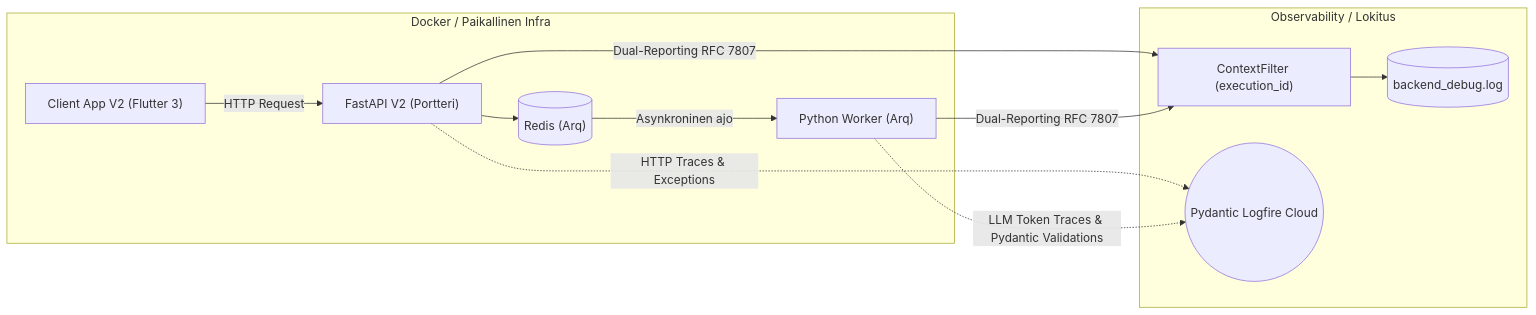
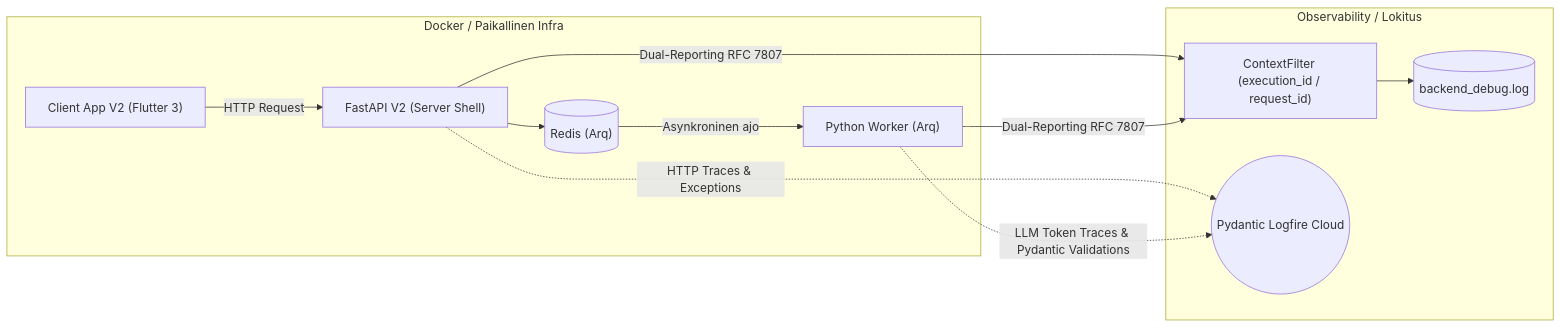
Before and after one commit to launis/quorum: the diagram in docs/architecture/07_infrastructure_and_observability.md, drawn with Mermaid. The commit also changed other lines of this file and 10 other files, not shown here.

Commit message:
docs: initialize architectural documentation suite and agent directory reference for project structure and standards.

````diff
--- a/docs/architecture/07_infrastructure_and_observability.md
+++ b/docs/architecture/07_infrastructure_and_observability.md
@@ -22,26 +24,26 @@
 ```mermaid
 flowchart LR
-    subgraph Infastructure ["Docker / Paikallinen Infra"]
+    subgraph Infrastructure ["Docker / Paikallinen Infra"]
         UI["Client App V2 (Flutter 3)"]
-        API["FastAPI V2 (Portteri)"]
+        API["FastAPI V2 (Server Shell)"]
         Redis[("Redis (Arq)")]
         Worker["Python Worker (Arq)"]
     end
 
     subgraph Observability ["Observability / Lokitus"]
-        Context["ContextFilter (execution_id)"]
+        Context["ContextFilter (execution_id / request_id)"]
         LogFile[("backend_debug.log")]
         LogfireCloud(("Pydantic Logfire Cloud"))
     end
 
     UI -->|"HTTP Request"| API
     API --> Redis
     Redis -->|"Asynkroninen ajo"| Worker
 
     API -->|"Dual-Reporting RFC 7807"| Context
     Worker -->|"Dual-Reporting RFC 7807"| Context
     Context --> LogFile
 
     API -.->|"HTTP Traces & Exceptions"| LogfireCloud
     Worker -.->|"LLM Token Traces & Pydantic Validations"| LogfireCloud
 ```
````
